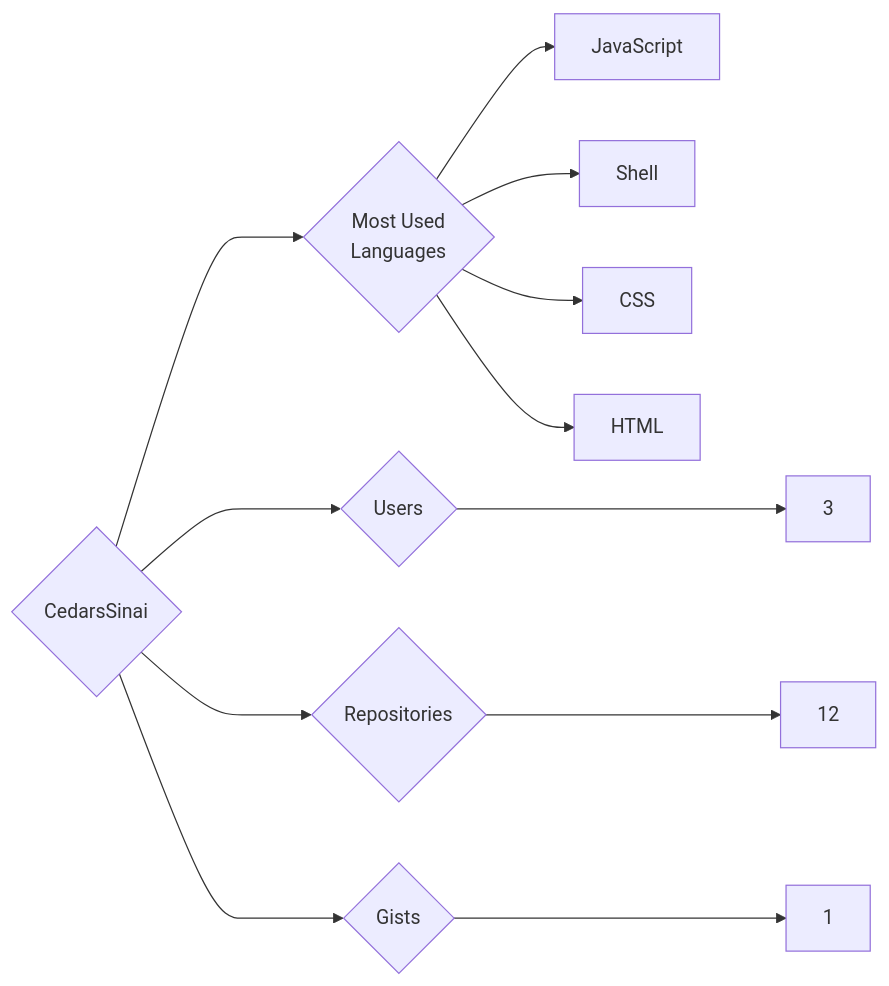
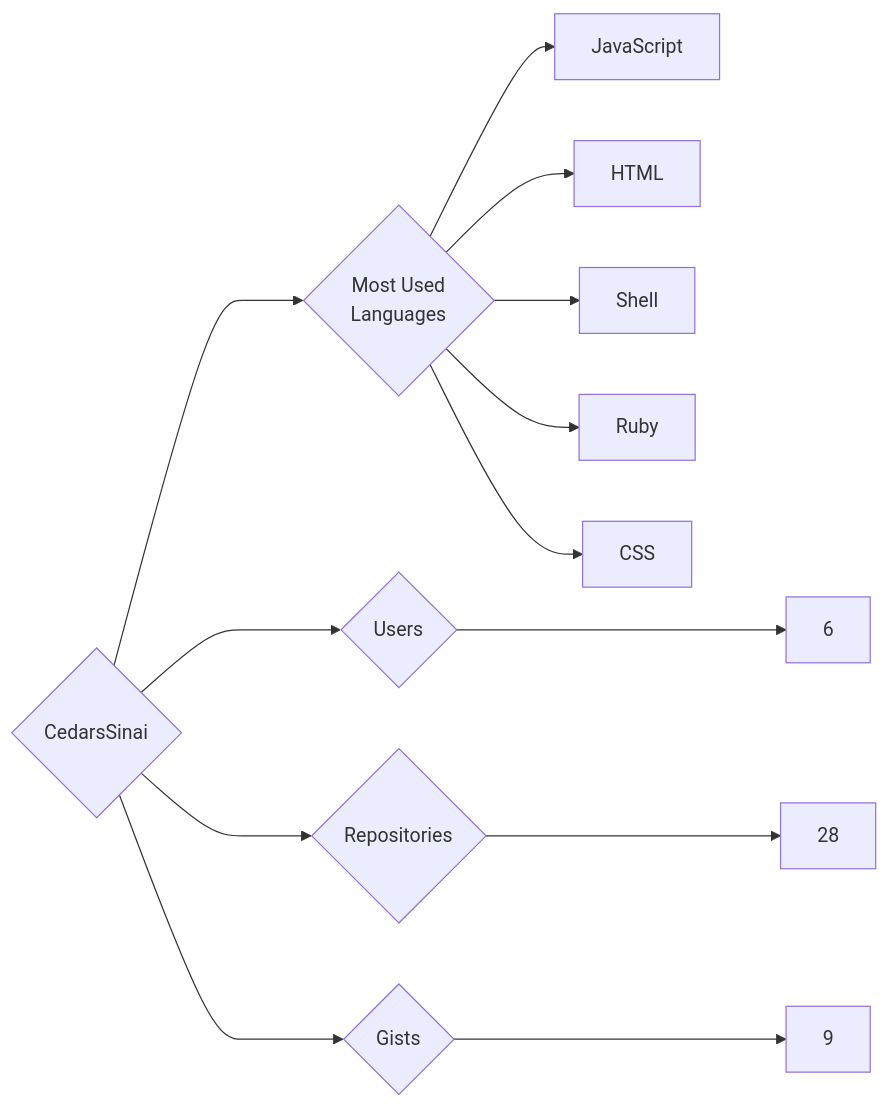
One commit to trickest/insiders changed the diagram in targets/CedarsSinai/README.md. Above: the diagram before and after it, drawn with Mermaid. The commit also changed 1036 other files, not shown here.

````diff
--- a/targets/CedarsSinai/README.md
+++ b/targets/CedarsSinai/README.md
@@ -3,12 +3,13 @@
 ```mermaid
 graph LR
 COMPANY_NAME{CedarsSinai}
-COMPANY_NAME ---> U{Users} ---> UN[3]
-COMPANY_NAME ---> R{Repositories} ---> RN[12]
-COMPANY_NAME ---> G{Gists} ---> GN[1]
+COMPANY_NAME ---> U{Users} ---> UN[6]
+COMPANY_NAME ---> R{Repositories} ---> RN[28]
+COMPANY_NAME ---> G{Gists} ---> GN[9]
 COMPANY_NAME ---> ML{Most Used<br>Languages}
 ML --> JavaScript[JavaScript]
+ML --> HTML[HTML]
 ML --> Shell[Shell]
+ML --> Ruby[Ruby]
 ML --> CSS[CSS]
-ML --> HTML[HTML]
 ```
````
